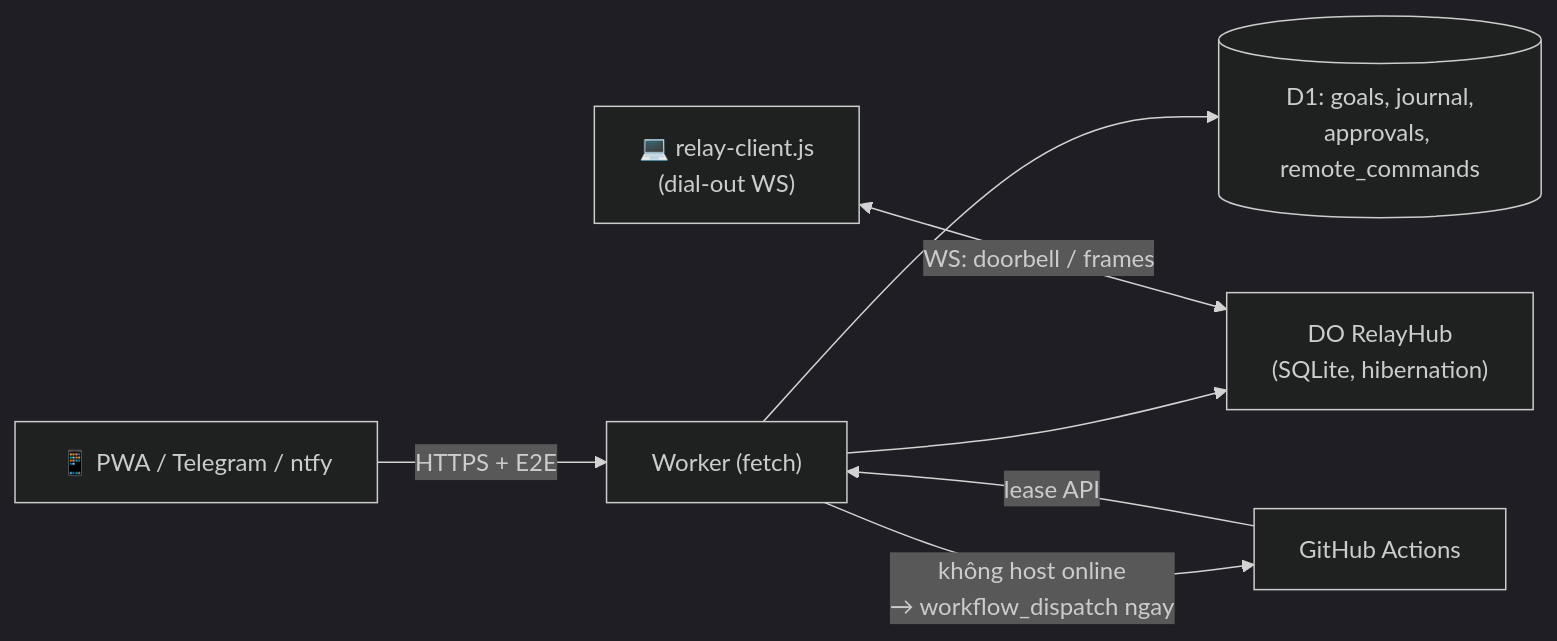
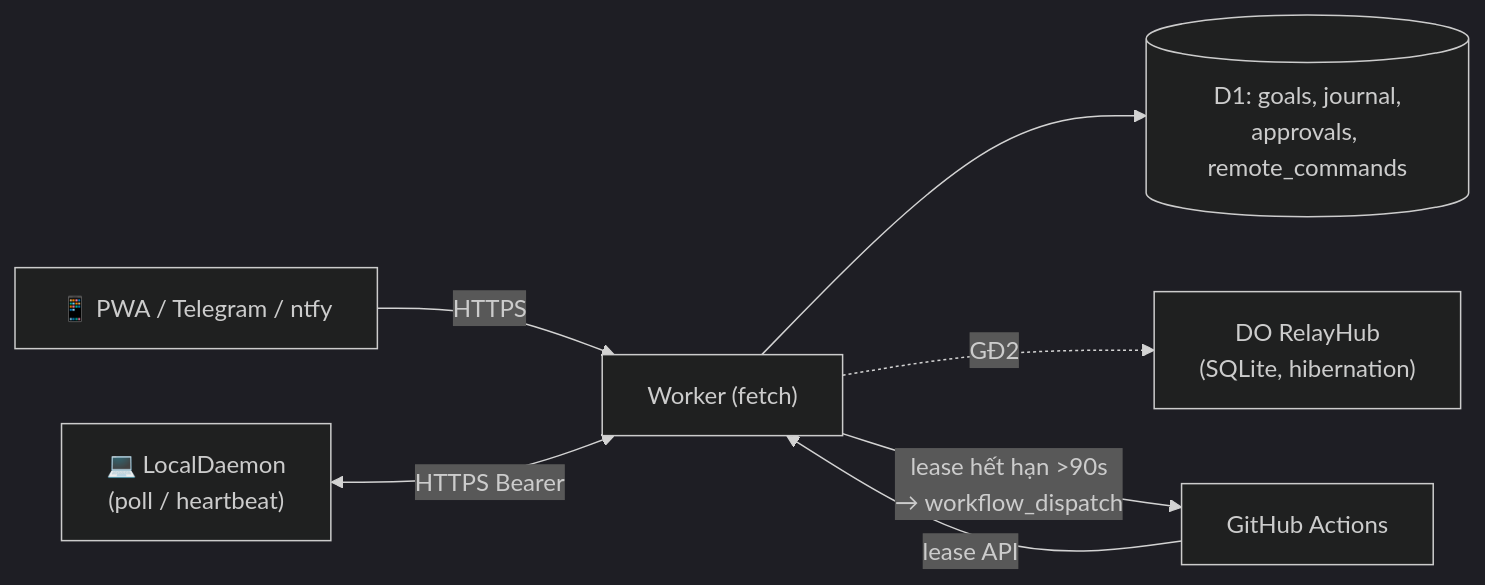
The diagram in docs/feature/02-mobile-cloud-control.md (huongmh14/BotAutoTask), drawn with Mermaid (dark theme) before and after one commit. The commit also changed other lines of this file and 40 other files, not shown here.

````diff
--- a/docs/feature/02-mobile-cloud-control.md
+++ b/docs/feature/02-mobile-cloud-control.md
@@ -26,9 +42,9 @@
 ```mermaid
 flowchart LR
-    Phone["📱 PWA / Telegram / ntfy"] -->|HTTPS + E2E| W["Worker (fetch)"]
+    Phone["📱 PWA / Telegram / ntfy"] -->|HTTPS| W["Worker (fetch)"]
     W --> D1[("D1: goals, journal,\napprovals, remote_commands")]
-    W --> DO["DO RelayHub\n(SQLite, hibernation)"]
-    PC["💻 relay-client.js\n(dial-out WS)"] <-->|"WS: doorbell / frames"| DO
-    W -->|"không host online\n→ workflow_dispatch ngay"| GHA["GitHub Actions"]
+    W -.->|"GĐ2"| DO["DO RelayHub\n(SQLite, hibernation)"]
+    PC["💻 LocalDaemon\n(poll / heartbeat)"] <-->|"HTTPS Bearer"| W
+    W -->|"lease hết hạn >90s\n→ workflow_dispatch"| GHA["GitHub Actions"]
     GHA -->|lease API| W
 ```
````
